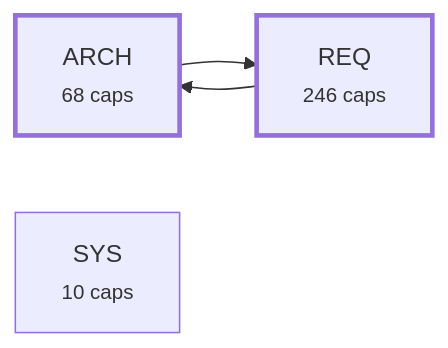
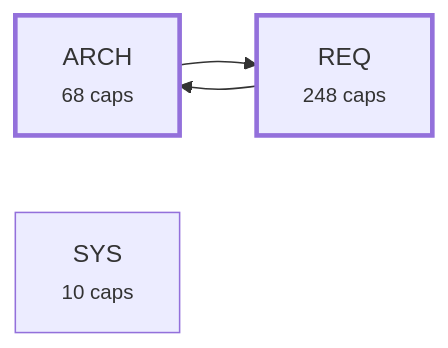
Before and after one commit to alxmax/Requirement-manager: the third of 4 diagrams in plugin/requirements/_map.md, drawn with Mermaid. The commit also changed other lines of this file and 27 other files, not shown here.

````diff
--- a/plugin/requirements/_map.md
+++ b/plugin/requirements/_map.md
@@ -1120,10 +1124,10 @@
 ```mermaid
 graph LR
   a_ARCH["ARCH<br><small>68 caps</small>"]
-  a_REQ["REQ<br><small>246 caps</small>"]
+  a_REQ["REQ<br><small>248 caps</small>"]
   a_SYS["SYS<br><small>10 caps</small>"]
   a_ARCH --> a_REQ
   a_REQ --> a_ARCH
   style a_ARCH stroke-width:3px
   style a_REQ stroke-width:3px
 ```
````
